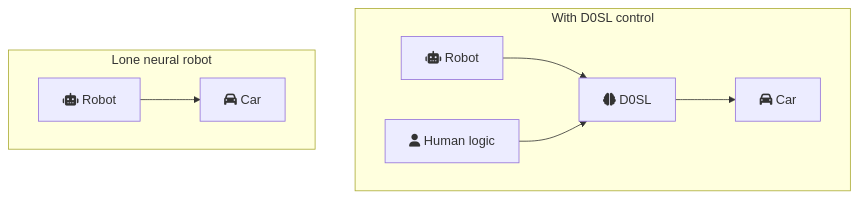
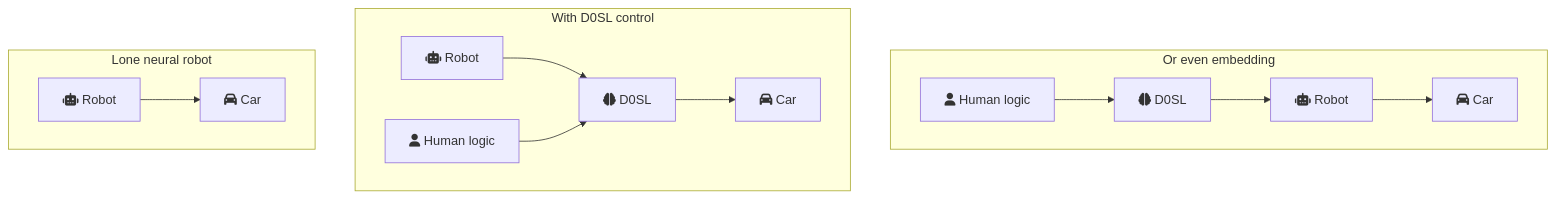
Before and after one commit to d0sl/doc-site: the diagram in content/en/_index.en.md, drawn with Mermaid.

Commit message:
Added third case of integration between robot and d0sl

```diff
--- a/content/en/_index.en.md
+++ b/content/en/_index.en.md
@@ -31,12 +31,17 @@
 {{<mermaid align="left">}}
 graph TB
+    subgraph Or even embedding
+    c1[fa:fa-robot Robot]-->c2[fa:fa-car Car]
+    c3[fa:fa-user Human logic]-->c4[fa:fa-brain D0SL]
+    c4-->c1
+    end
     subgraph With D0SL control
     a1[fa:fa-robot Robot]-->a2[fa:fa-brain D0SL]
     a4[fa:fa-user Human logic]-->a2[fa:fa-brain D0SL]
     a2-->a3[fa:fa-car Car]
     end
     subgraph Lone neural robot
     b1[fa:fa-robot Robot]-->b2[fa:fa-car Car]
     end
 
 {{< /mermaid >}}
```
